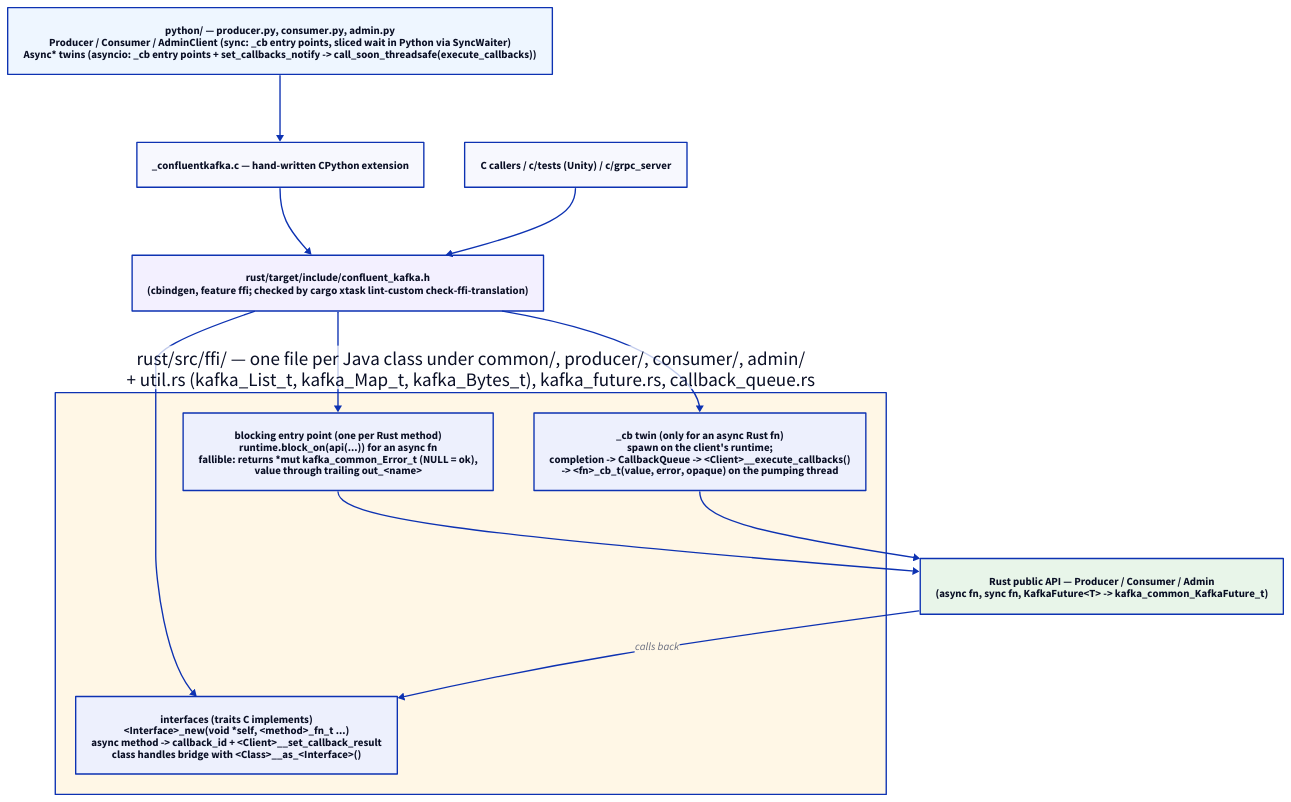
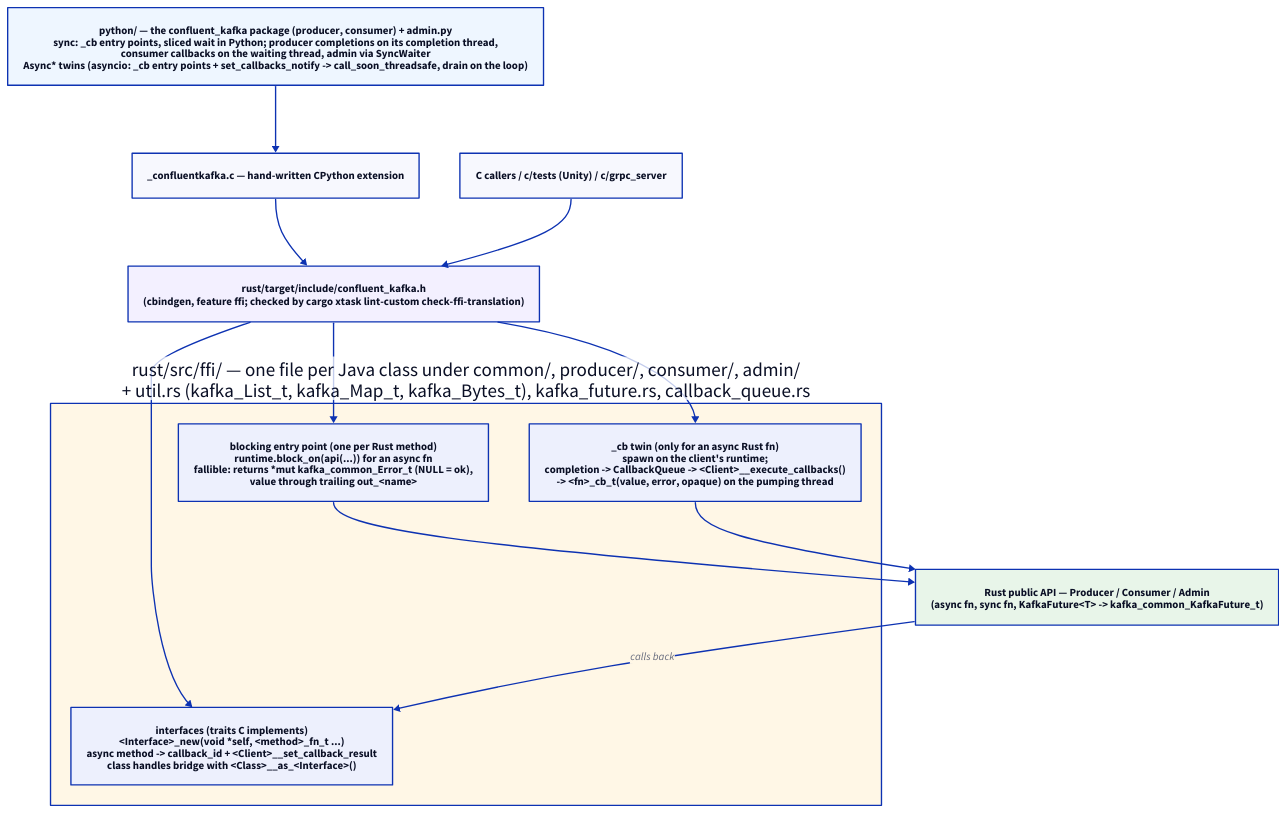
Before and after one commit to confluentinc/kafka-clients: the diagram in design/current/img/bindings-layering.d2, drawn with D2. The commit also changed 6 other files, not shown here.

```diff
--- a/design/current/img/bindings-layering.d2
+++ b/design/current/img/bindings-layering.d2
@@ -1,44 +1,44 @@
 # How the C and Python bindings sit on the async Rust API.
 #
 # Source of truth for design/current/img/bindings-layering.svg.
 # Render with: make -C design/current d2
 #
 # The point of this diagram: the C API mirrors the Rust (and so the Java)
 # surface one-to-one under CLAUDE.md §4 -- a blocking entry point per Rust
 # `async fn` plus a `_cb` twin whose completion is queued on the client's
 # callbacks vector and run by `__execute_callbacks` on a caller thread; a
 # sync Rust `fn` crosses once. No Rust thread ever runs a user callback.
 # Both bindings are thin layers over that surface.
 
 direction: down
 
-py: "python/ — producer.py, consumer.py, admin.py\nProducer / Consumer / AdminClient (sync: _cb entry points, sliced wait in Python via SyncWaiter)\nAsync* twins (asyncio: _cb entry points + set_callbacks_notify -> call_soon_threadsafe(execute_callbacks))" {
+py: "python/ — the confluent_kafka package (producer, consumer) + admin.py\nsync: _cb entry points, sliced wait in Python; producer completions on its completion thread,\nconsumer callbacks on the waiting thread, admin via SyncWaiter\nAsync* twins (asyncio: _cb entry points + set_callbacks_notify -> call_soon_threadsafe, drain on the loop)" {
   style.fill: "#eef6ff"
 }
 pyext: "_confluentkafka.c — hand-written CPython extension"
 c: "C callers / c/tests (Unity) / c/grpc_server"
 
 header: "rust/target/include/confluent_kafka.h\n(cbindgen, feature ffi; checked by cargo xtask lint-custom check-ffi-translation)" {
   style.fill: "#f3f0ff"
 }
 
 ffi: "rust/src/ffi/ — one file per Java class under common/, producer/, consumer/, admin/\n+ util.rs (kafka_List_t, kafka_Map_t, kafka_Bytes_t), kafka_future.rs, callback_queue.rs" {
   style.fill: "#fff7e6"
 
   sync: "blocking entry point (one per Rust method)\nruntime.block_on(api(...)) for an async fn\nfallible: returns *mut kafka_common_Error_t (NULL = ok),\nvalue through trailing out_<name>"
   cb: "_cb twin (only for an async Rust fn)\nspawn on the client's runtime;\ncompletion -> CallbackQueue -> <Client>__execute_callbacks()\n-> <fn>_cb_t(value, error, opaque) on the pumping thread"
   iface: "interfaces (traits C implements)\n<Interface>_new(void *self, <method>_fn_t ...)\nasync method -> callback_id + <Client>__set_callback_result\nclass handles bridge with <Class>__as_<Interface>()"
 }
 
 core: "Rust public API — Producer / Consumer / Admin\n(async fn, sync fn, KafkaFuture<T> -> kafka_common_KafkaFuture_t)" {
   style.fill: "#e8f5e9"
 }
 
 py -> pyext -> header
 c -> header
 header -> ffi.sync
 header -> ffi.cb
 header -> ffi.iface
 ffi.sync -> core
 ffi.cb -> core
 core -> ffi.iface: "calls back"
```
